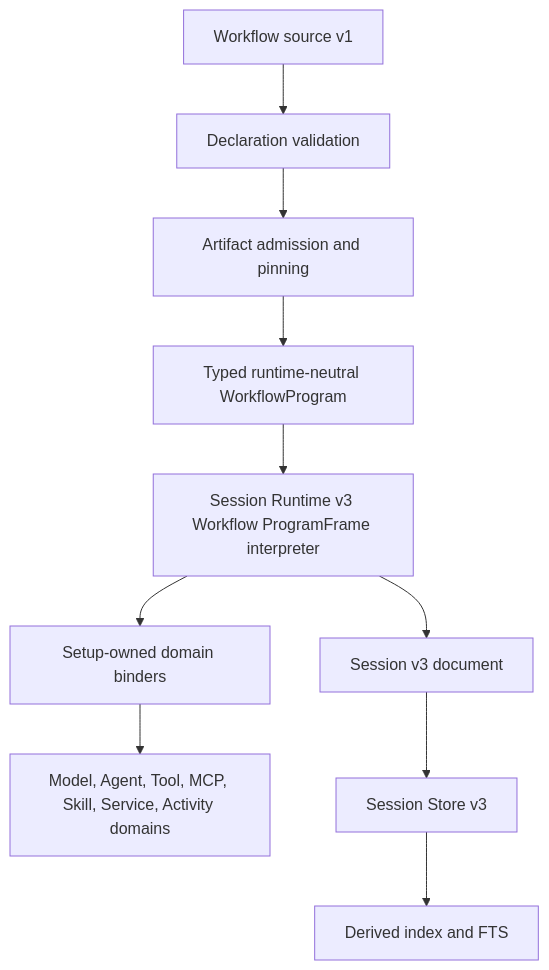
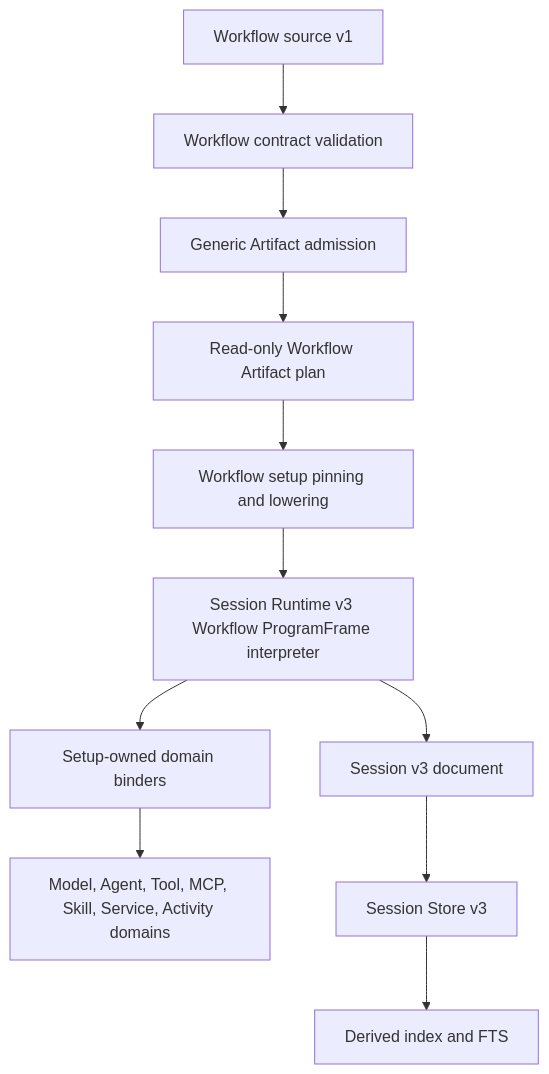
Before and after one commit to flexigpt/flexigpt-app: the diagram in devdocs/requirements/workflow_model.md, drawn with Mermaid. The commit also changed other lines of this file and 1 other file, not shown here.

Commit message:
workflow doc

````diff
--- a/devdocs/requirements/workflow_model.md
+++ b/devdocs/requirements/workflow_model.md
@@ -187,13 +221,14 @@
 ```mermaid
 flowchart TD
-    A[Workflow source v1] --> B[Declaration validation]
-    B --> C[Artifact admission and pinning]
-    C --> D[Typed runtime-neutral WorkflowProgram]
-    D --> E[Session Runtime v3 Workflow ProgramFrame interpreter]
-    E --> F[Setup-owned domain binders]
-    F --> G[Model, Agent, Tool, MCP, Skill, Service, Activity domains]
+    A[Workflow source v1] --> B[Workflow contract validation]
+    B --> C[Generic Artifact admission]
+    C --> D[Read-only Workflow Artifact plan]
+    D --> E[Workflow setup pinning and lowering]
+    E --> F[Session Runtime v3 Workflow ProgramFrame interpreter]
+    F --> G[Setup-owned domain binders]
+    G --> H[Model, Agent, Tool, MCP, Skill, Service, Activity domains]
 
-    E --> H[Session v3 document]
-    H --> I[Session Store v3]
-    I --> J[Derived index and FTS]
+    F --> I[Session v3 document]
+    I --> J[Session Store v3]
+    J --> K[Derived index and FTS]
 ```
````
